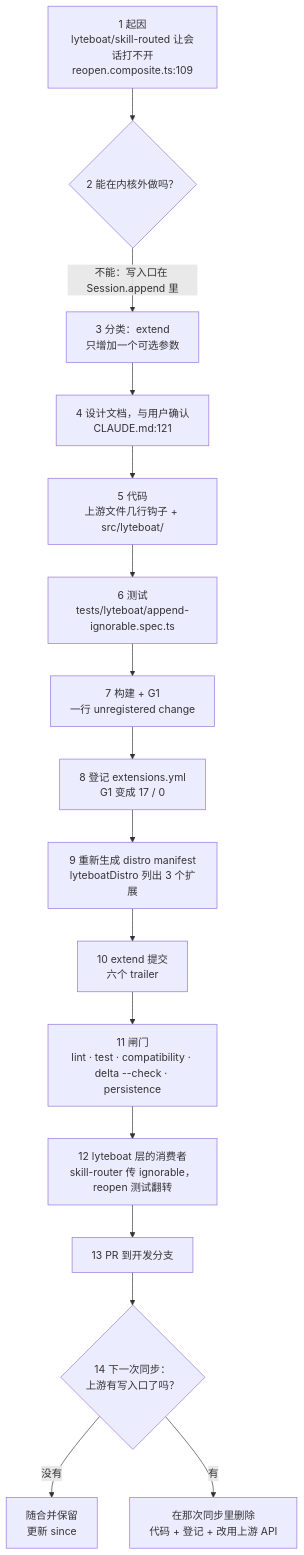
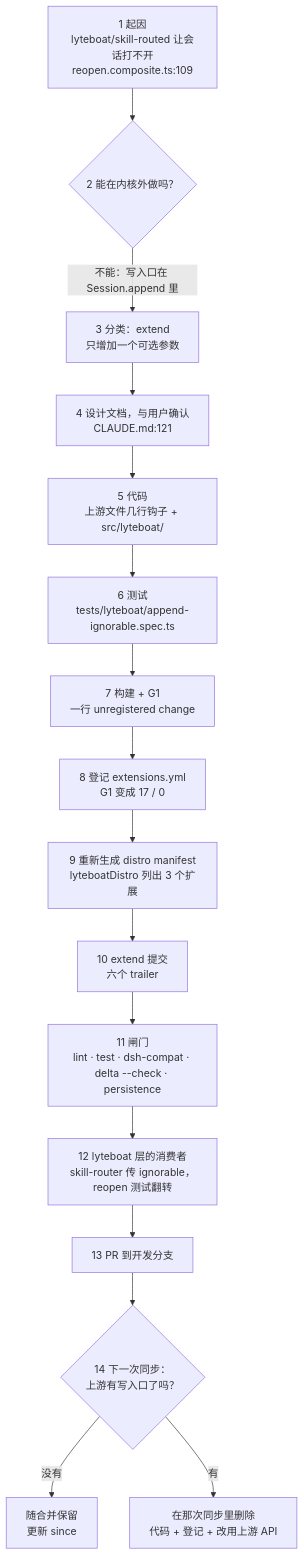
One commit to lyteboat/boat changed diagram 13 of 13 in docs/02-distribution.md. Above: the diagram before and after it, drawn with Mermaid. The commit also changed other lines of this file and 44 other files, not shown here.

First line of the commit message:
chore: dsh-compat — the compatibility folder names what it is compatible with

````diff
--- a/docs/02-distribution.md
+++ b/docs/02-distribution.md
@@ -1653,18 +1653,18 @@
 ```mermaid
 flowchart TB
   A["1 起因<br/>lyteboat/skill-routed 让会话打不开<br/>reopen.composite.ts:109"] --> B{"2 能在内核外做吗？"}
   B -->|"不能：写入口在 Session.append 里"| C["3 分类：extend<br/>只增加一个可选参数"]
   C --> D["4 设计文档，与用户确认<br/>CLAUDE.md:121"]
   D --> E["5 代码<br/>上游文件几行钩子 + src/lyteboat/"]
   E --> F["6 测试<br/>tests/lyteboat/append-ignorable.spec.ts"]
   F --> G["7 构建 + G1<br/>一行 unregistered change"]
   G --> H["8 登记 extensions.yml<br/>G1 变成 17 / 0"]
   H --> I["9 重新生成 distro manifest<br/>lyteboatDistro 列出 3 个扩展"]
   I --> J["10 extend 提交<br/>六个 trailer"]
-  J --> K["11 闸门<br/>lint · test · compatibility · delta --check · persistence"]
+  J --> K["11 闸门<br/>lint · test · dsh-compat · delta --check · persistence"]
   K --> L["12 lyteboat 层的消费者<br/>skill-router 传 ignorable，reopen 测试翻转"]
   L --> M["13 PR 到开发分支"]
   M --> N{"14 下一次同步：<br/>上游有写入口了吗？"}
   N -->|"没有"| O["随合并保留<br/>更新 since"]
   N -->|"有"| P["在那次同步里删除<br/>代码 + 登记 + 改用上游 API"]
 ```
````
